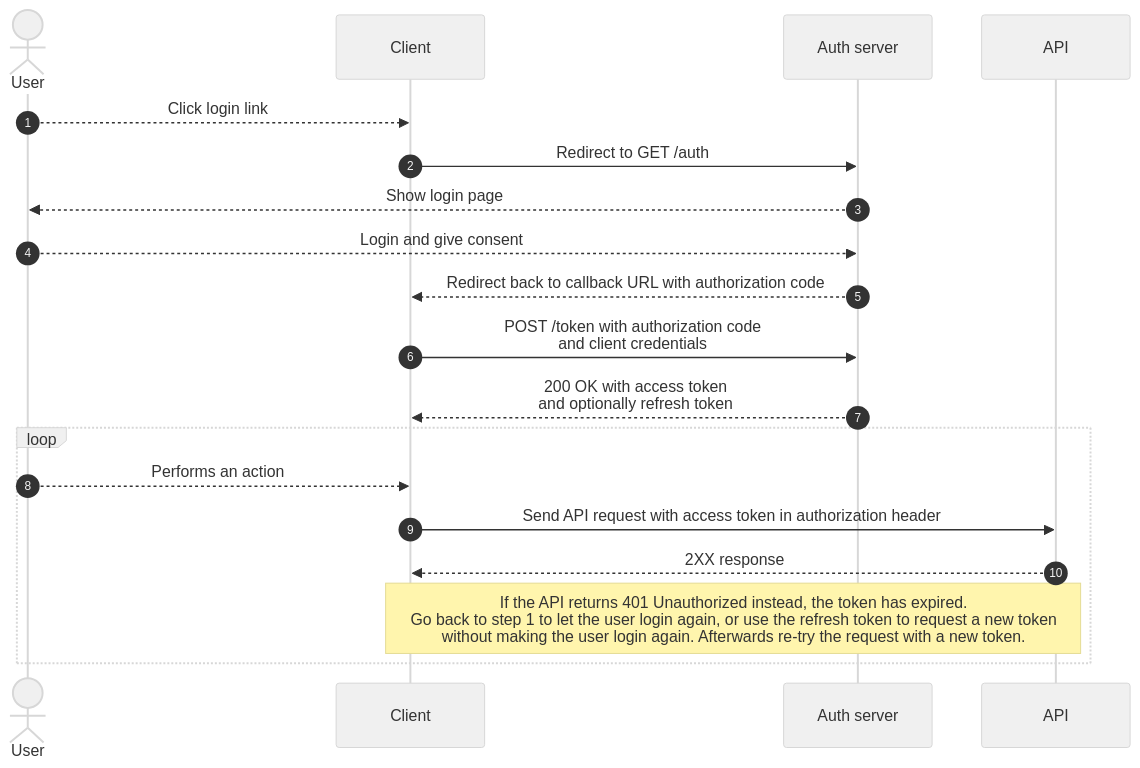
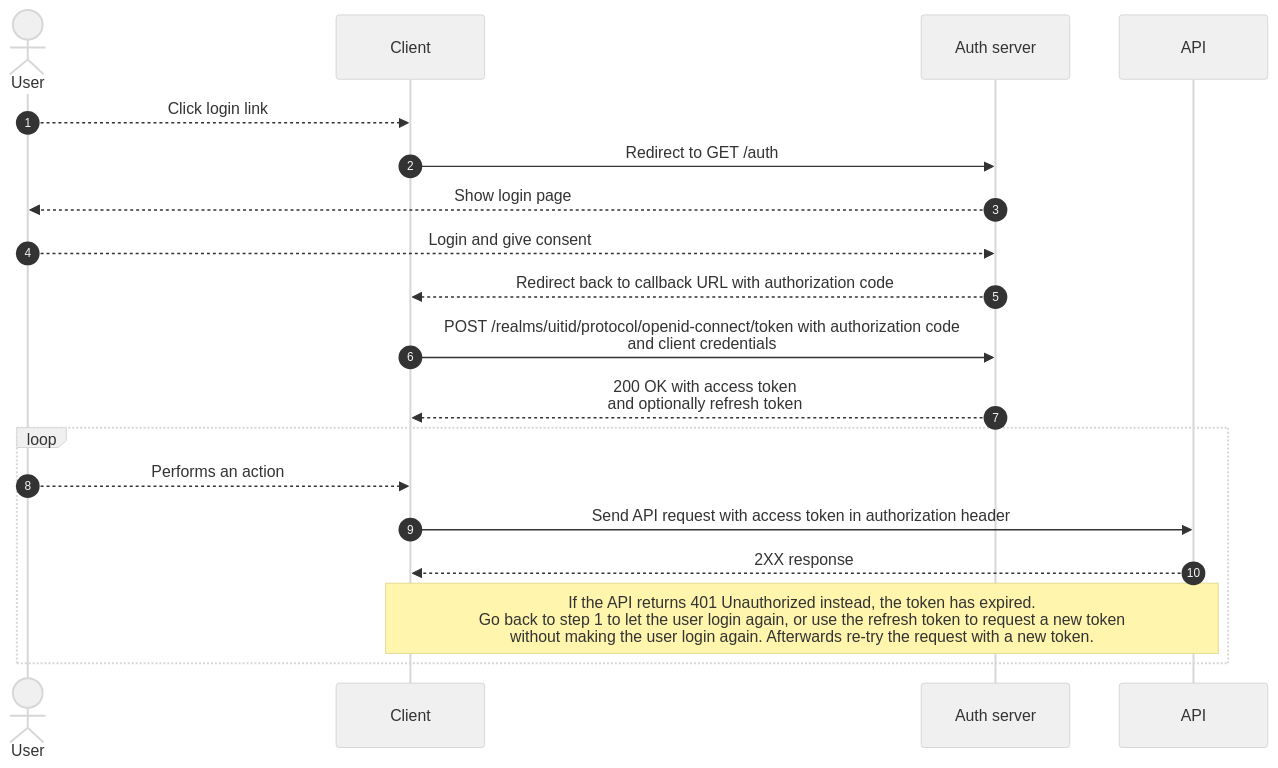
The first of 2 diagrams in projects/authentication/docs/user-access-token.md (cultuurnet/apidocs), drawn with Mermaid before and after one commit. The commit also changed other lines of this file, not shown here.

````diff
--- a/projects/authentication/docs/user-access-token.md
+++ b/projects/authentication/docs/user-access-token.md
@@ -48,19 +46,19 @@
 ```mermaid
 %%{init: {'theme':'base', 'themeVariables': { 'primaryColor': '#f0f0f0', 'fontFamily': 'Helvetica' }, 'sequence': { 'actorFontFamily': 'Helvetica', 'noteFontFamily': 'Helvetica', 'messageFontFamily': 'Helvetica' } }}%%
 sequenceDiagram
     autonumber
     actor User
     User-->>Client: Click login link
     Client->>Auth server: Redirect to GET /auth
     Auth server-->>User: Show login page
     User-->>Auth server: Login and give consent
     Auth server-->>Client: Redirect back to callback URL with authorization code
-    Client->>Auth server: POST /token with authorization code<br /> and client credentials
+    Client->>Auth server: POST /realms/uitid/protocol/openid-connect/token with authorization code<br /> and client credentials
     Auth server-->>Client: 200 OK with access token<br /> and optionally refresh token
     loop
         User-->>Client: Performs an action
         Client->>API: Send API request with access token in authorization header
         API-->>Client: 2XX response
         note over API,Client: If the API returns 401 Unauthorized instead, the token has expired.<br />Go back to step 1 to let the user login again, or use the refresh token to request a new token<br />without making the user login again. Afterwards re-try the request with a new token.
     end
 ```
````
